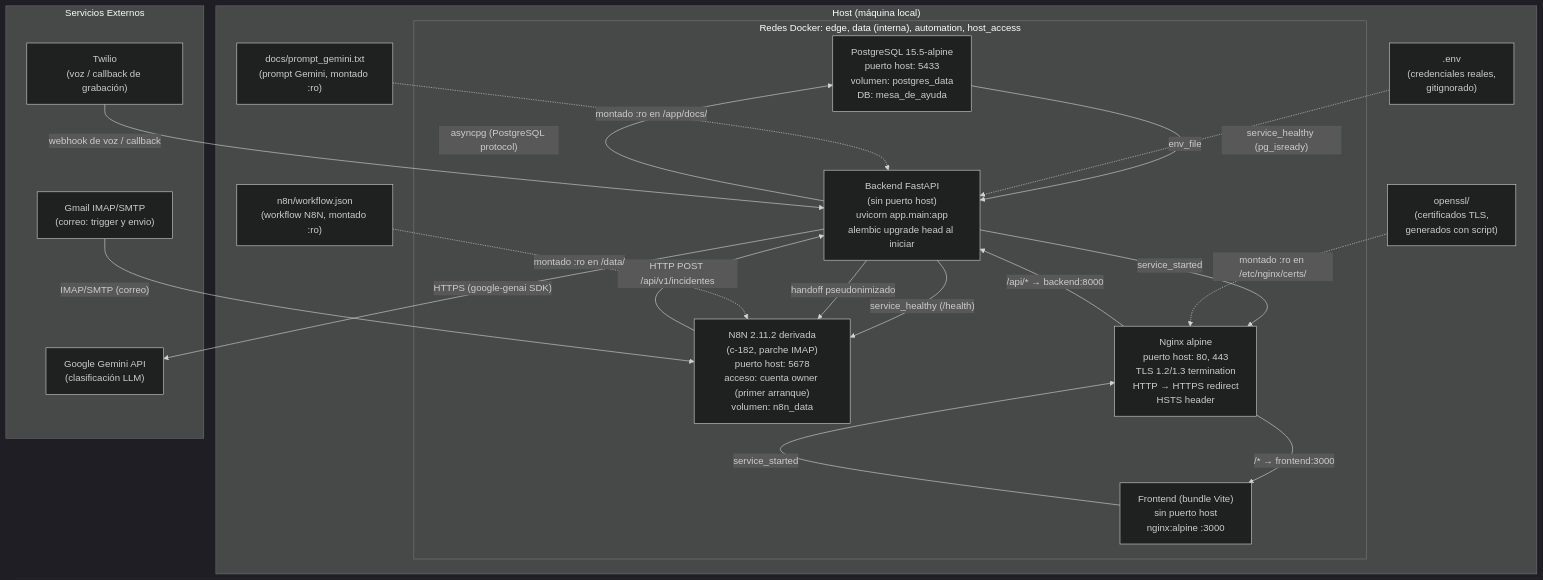
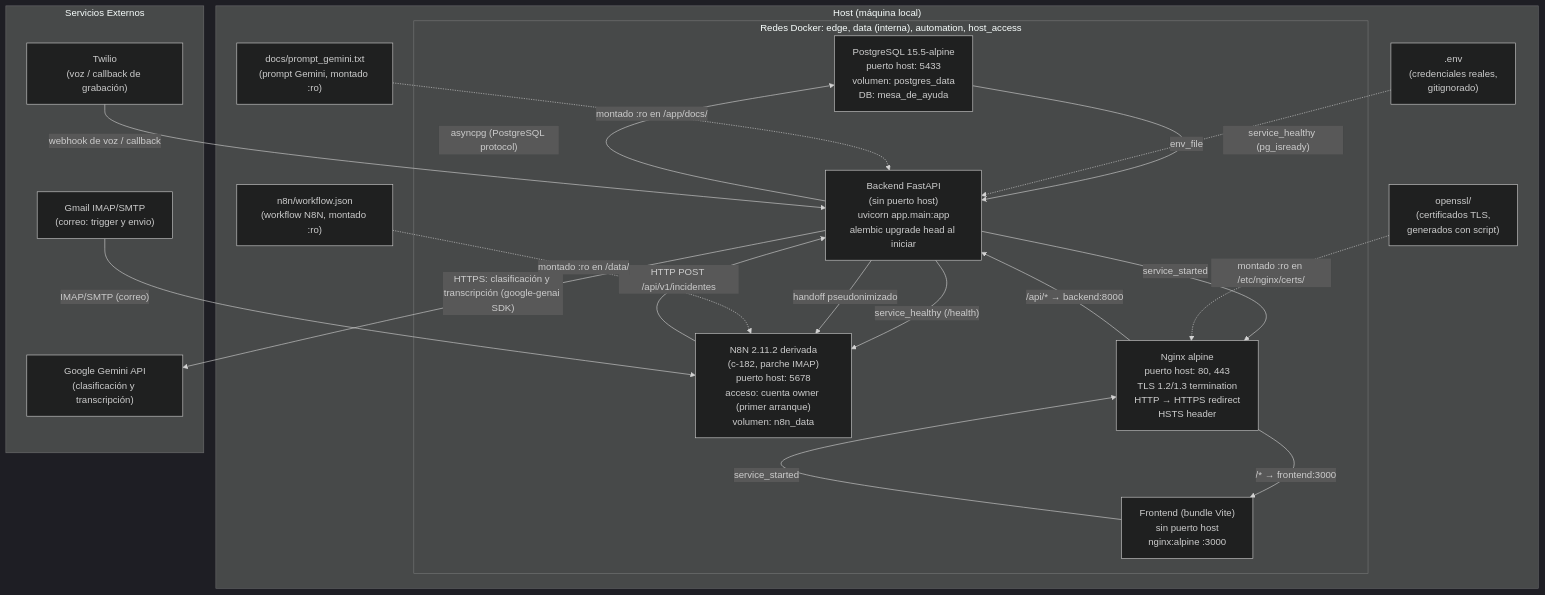
The diagram in docs/diagrams/despliegue.md (lucaGomezB/Automatizacion-de-Mesa-de-Ayuda-N8N), drawn with Mermaid (dark theme) before and after one commit. The commit also changed 40 other files, not shown here.

````diff
--- a/docs/diagrams/despliegue.md
+++ b/docs/diagrams/despliegue.md
@@ -13,49 +13,49 @@
 ```mermaid
 graph TD
     subgraph Host["Host (máquina local)"]
         subgraph Docker["Redes Docker: edge, data (interna), automation, host_access"]
             PG["PostgreSQL 15.5-alpine\npuerto host: 5433\nvolumen: postgres_data\nDB: mesa_de_ayuda"]
             BE["Backend FastAPI\n(sin puerto host)\nuvicorn app.main:app\nalembic upgrade head al iniciar"]
             N8N["N8N 2.11.2 derivada\n(c-182, parche IMAP)\npuerto host: 5678\nacceso: cuenta owner (primer arranque)\nvolumen: n8n_data"]
             FE["Frontend (bundle Vite)\nsin puerto host\nnginx:alpine :3000"]
             NGX["Nginx alpine\npuerto host: 80, 443\nTLS 1.2/1.3 termination\nHTTP → HTTPS redirect\nHSTS header"]
         end
 
         ENV[".env\n(credenciales reales,\ngitignorado)"]
         WF["n8n/workflow.json\n(workflow N8N, montado :ro)"]
         PROMPT["docs/prompt_gemini.txt\n(prompt Gemini, montado :ro)"]
         CERTS["openssl/\n(certificados TLS,\ngenerados con script)"]
     end
 
     subgraph External["Servicios Externos"]
-        GEMINI["Google Gemini API\n(clasificación LLM)"]
+        GEMINI["Google Gemini API\n(clasificación y transcripción)"]
         IMAP["Gmail IMAP/SMTP\n(correo: trigger y envio)"]
         TWILIO["Twilio\n(voz / callback de grabación)"]
     end
 
     %% Dependencias de salud declaradas en el compose
     PG -- "service_healthy (pg_isready)" --> BE
     BE -- "service_healthy (/health)" --> N8N
     BE -- "service_started" --> NGX
     FE -- "service_started" --> NGX
 
     %% Comunicación entre servicios
     BE -- "asyncpg (PostgreSQL protocol)" --> PG
     N8N -- "HTTP POST /api/v1/incidentes" --> BE
-    BE -- "HTTPS (google-genai SDK)" --> GEMINI
+    BE -- "HTTPS: clasificación y transcripción (google-genai SDK)" --> GEMINI
 
     %% Nginx proxy rutas
     NGX -- "/api/* → backend:8000" --> BE
     NGX -- "/* → frontend:3000" --> FE
 
     %% Canales de entrada externos
     IMAP -- "IMAP/SMTP (correo)" --> N8N
     TWILIO -- "webhook de voz / callback" --> BE
     BE -- "handoff pseudonimizado" --> N8N
 
     %% Volúmenes y archivos
     ENV -. "env_file" .-> BE
     WF -. "montado :ro en /data/" .-> N8N
     PROMPT -. "montado :ro en /app/docs/" .-> BE
     CERTS -. "montado :ro en /etc/nginx/certs/" .-> NGX
 ```
````
